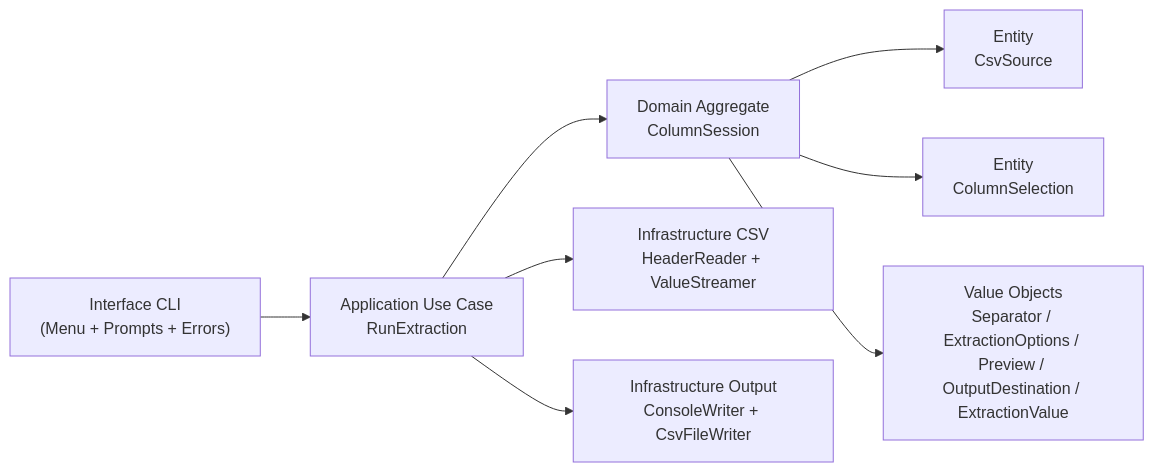
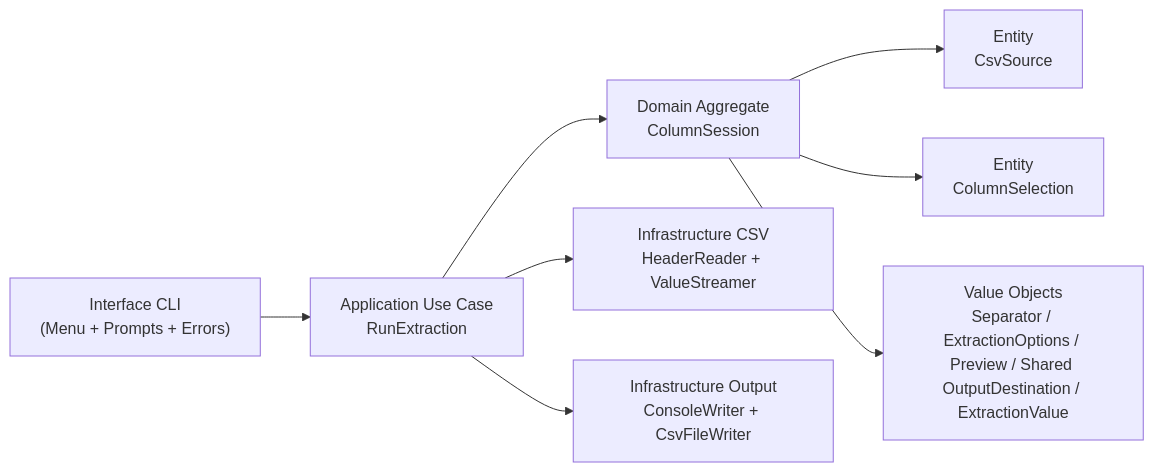
Before and after one commit to RobertAndrewHall/csvops: the first of 4 diagrams in README.md, drawn with Mermaid. The commit also changed other lines of this file, not shown here.

Commit message:
Align README architecture with dedupe domain model

````diff
--- a/README.md
+++ b/README.md
@@ -192,12 +192,12 @@
 ```mermaid
 flowchart LR
   UI["Interface CLI\n(Menu + Prompts + Errors)"] --> APP["Application Use Case\nRunExtraction"]
   APP --> AGG["Domain Aggregate\nColumnSession"]
 
   AGG --> E1["Entity\nCsvSource"]
   AGG --> E2["Entity\nColumnSelection"]
-  AGG --> V1["Value Objects\nSeparator / ExtractionOptions / Preview / OutputDestination / ExtractionValue"]
+  AGG --> V1["Value Objects\nSeparator / ExtractionOptions / Preview / Shared OutputDestination / ExtractionValue"]
 
   APP --> INFCSV["Infrastructure CSV\nHeaderReader + ValueStreamer"]
   APP --> INFOUT["Infrastructure Output\nConsoleWriter + CsvFileWriter"]
 ```
````
